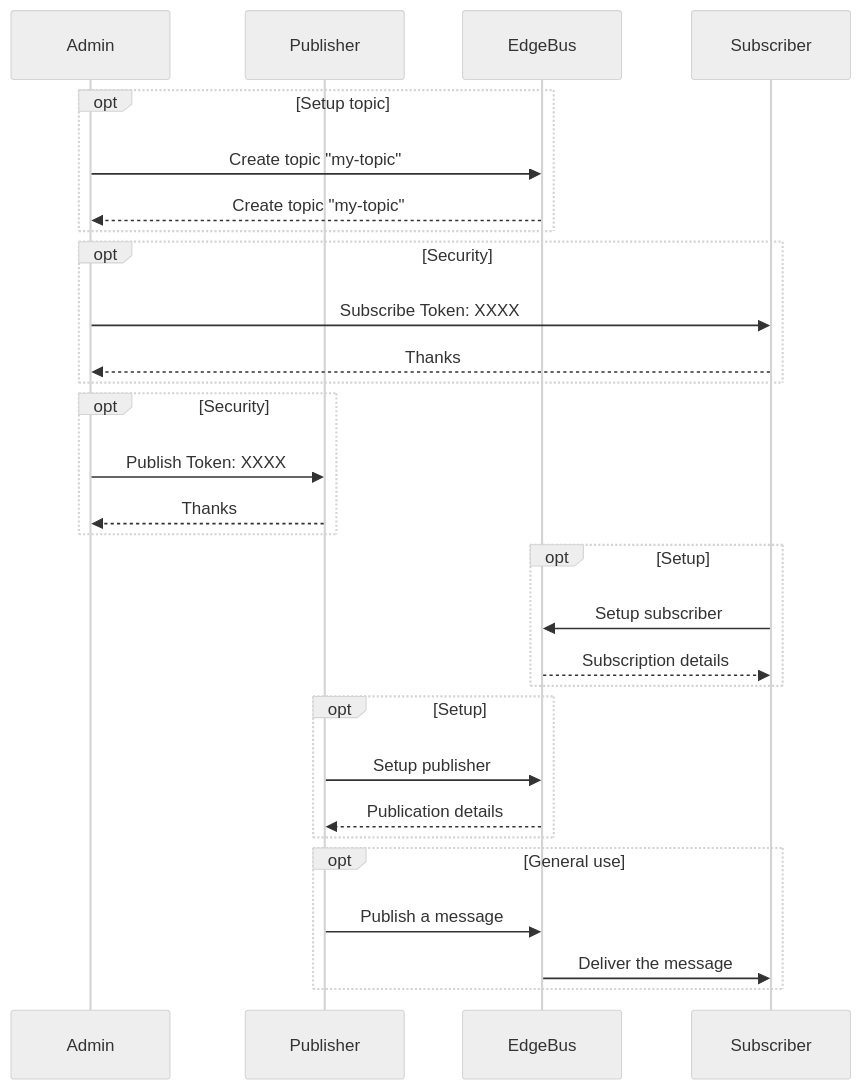
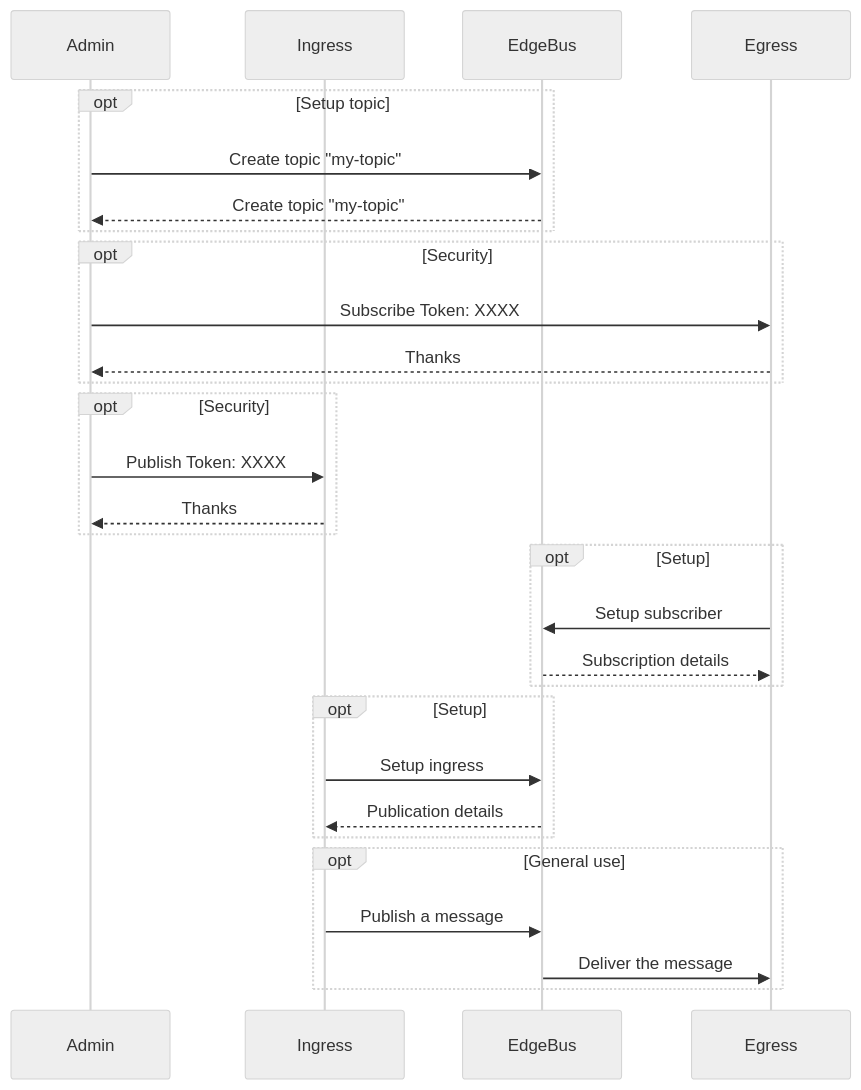
Before and after one commit to edgebus/edgebus: the second of 4 diagrams in README.md, drawn with Mermaid (neutral theme). The commit also changed other lines of this file and 114 other files, not shown here.

````diff
--- a/README.md
+++ b/README.md
@@ -100,31 +100,31 @@
 ```mermaid
 sequenceDiagram
 	participant Admin
-	participant Publisher
+	participant Ingress
 	participant EdgeBus
-	participant Subscriber
+	participant Egress
 	opt Setup topic
 		Admin->>EdgeBus: Create topic "my-topic"
 		EdgeBus-->>Admin: Create topic "my-topic"
 	end
 	opt Security
-		Admin->>Subscriber: Subscribe Token: XXXX
-		Subscriber-->>Admin: Thanks
+		Admin->>Egress: Subscribe Token: XXXX
+		Egress-->>Admin: Thanks
 	end
 	opt Security
-		Admin->>Publisher: Publish Token: XXXX
-		Publisher-->>Admin: Thanks
+		Admin->>Ingress: Publish Token: XXXX
+		Ingress-->>Admin: Thanks
 	end
 	opt Setup
-	Subscriber->>EdgeBus: Setup subscriber
-	EdgeBus-->>Subscriber: Subscription details
+	Egress->>EdgeBus: Setup subscriber
+	EdgeBus-->>Egress: Subscription details
 	end
 	opt Setup
-	Publisher->>EdgeBus: Setup publisher
-	EdgeBus-->>Publisher: Publication details
+	Ingress->>EdgeBus: Setup ingress
+	EdgeBus-->>Ingress: Publication details
 	end
 	opt General use
-		Publisher->>EdgeBus: Publish a message
-		EdgeBus->>Subscriber: Deliver the message
+		Ingress->>EdgeBus: Publish a message
+		EdgeBus->>Egress: Deliver the message
 	end
 ```
````
